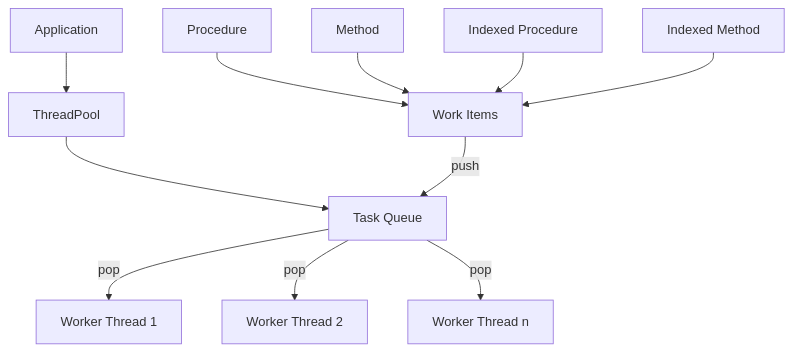
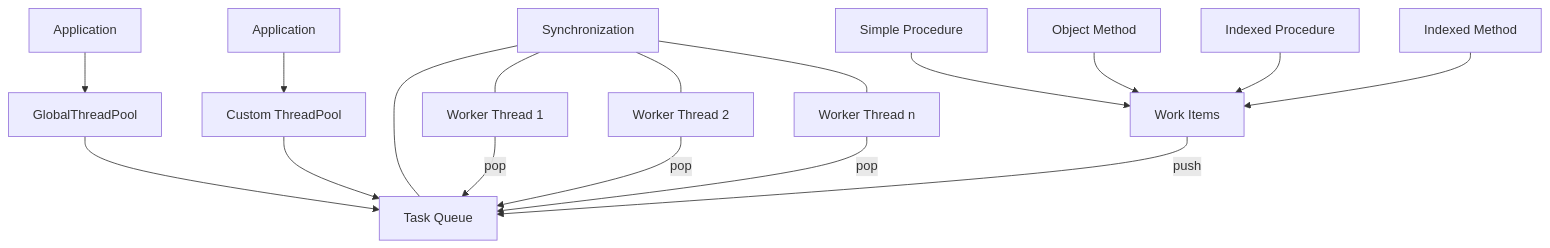
One commit to ikelaiah/threadpool-fp changed the diagram in docs/TECHNICAL.md. Above: the diagram before and after it, drawn with Mermaid.

Commit message:
Update - Corrected technical diagram

````diff
--- a/docs/TECHNICAL.md
+++ b/docs/TECHNICAL.md
@@ -6,13 +6,19 @@
 ```mermaid
 graph TD
-    A[Application] --> B[ThreadPool]
-    B --> C[Task Queue]
-    C --> |pop| D1[Worker Thread 1]
-    C --> |pop| D2[Worker Thread 2]
-    C --> |pop| D3[Worker Thread n]
-    E[Work Items] --> |push| C
-    F1[Procedure] --> E
-    F2[Method] --> E
-    F3[Indexed Procedure] --> E
-    F4[Indexed Method] --> E
+    A1[Application] --> G[GlobalThreadPool]
+    A2[Application] --> C1[Custom ThreadPool]
+    G --> Q[Task Queue]
+    C1 --> Q
+    W1[Worker Thread 1] -->|pop| Q
+    W2[Worker Thread 2] -->|pop| Q
+    W3[Worker Thread n] -->|pop| Q
+    I[Work Items] -->|push| Q
+    P1[Simple Procedure] --> I
+    P2[Object Method] --> I
+    P3[Indexed Procedure] --> I
+    P4[Indexed Method] --> I
+    S[Synchronization] --- Q
+    S --- W1
+    S --- W2
+    S --- W3
 ```
````
